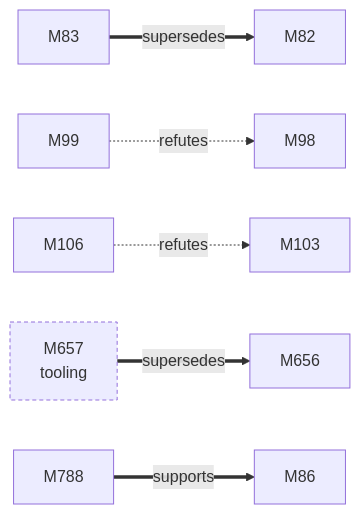
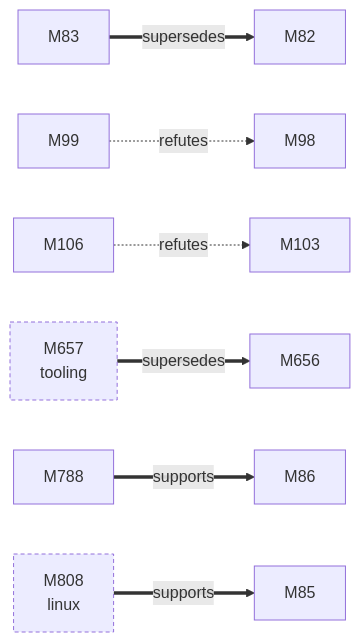
The first of 3 diagrams in docs/facts/graphs/display.md (D-Ogi/amdgpu-wddm), drawn with Mermaid before and after one commit. The commit also changed other lines of this file and 161 other files, not shown here.

````diff
--- a/docs/facts/graphs/display.md
+++ b/docs/facts/graphs/display.md
@@ -9,20 +9,23 @@
 ```mermaid
 flowchart LR
   M82["M82"]
   M83["M83"]
+  M85["M85"]
   M86["M86"]
   M98["M98"]
   M99["M99"]
   M103["M103"]
   M106["M106"]
   M656["M656"]
   M657["M657<br/>tooling"]
   M788["M788"]
+  M808["M808<br/>linux"]
   M83 ==>|supersedes| M82
   M99 -.->|refutes| M98
   M106 -.->|refutes| M103
   M788 ==>|supports| M86
+  M808 ==>|supports| M85
   M657 ==>|supersedes| M656
   classDef other stroke-dasharray:4 3
-  class M657 other
+  class M657,M808 other
 ```
````
